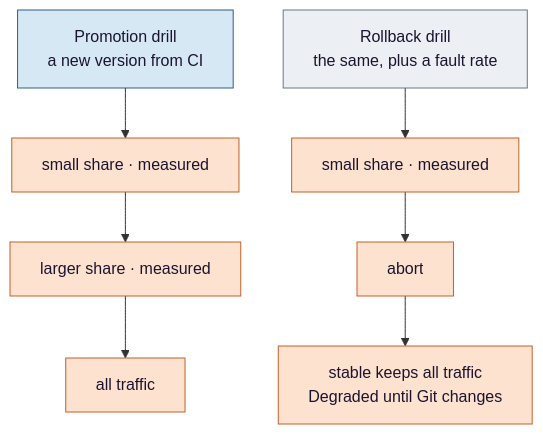
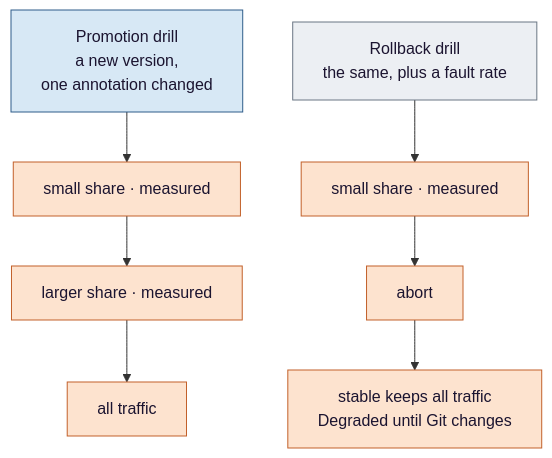
One commit to biabeogo147/Anime-Recommender changed the second of 2 diagrams in docs/delivery/README.md. Above: the diagram before and after it, drawn with Mermaid. The commit also changed other lines of this file and 19 other files, not shown here.

````diff
--- a/docs/delivery/README.md
+++ b/docs/delivery/README.md
@@ -139,14 +139,14 @@
 ```mermaid
 flowchart TB
-    GOOD["Promotion drill<br/>a new version from CI"] --> G1["small share · measured"]
+    GOOD["Promotion drill<br/>a new version,<br/>one annotation changed"] --> G1["small share · measured"]
     G1 --> G2["larger share · measured"] --> G3["all traffic"]
     BAD["Rollback drill<br/>the same, plus a fault rate"] --> B1["small share · measured"] --> B2["abort"]
     B2 --> B3["stable keeps all traffic<br/>Degraded until Git changes"]
 
     classDef argo fill:#fde3cf,stroke:#c2602a,color:#1b1430;
     classDef gha fill:#d7e8f5,stroke:#2f5d8a,color:#1b1430;
     classDef ext fill:#eceff3,stroke:#6b7684,color:#1b1430;
     class G1,G2,G3,B1,B2,B3 argo
     class GOOD gha
     class BAD ext
 ```
````
